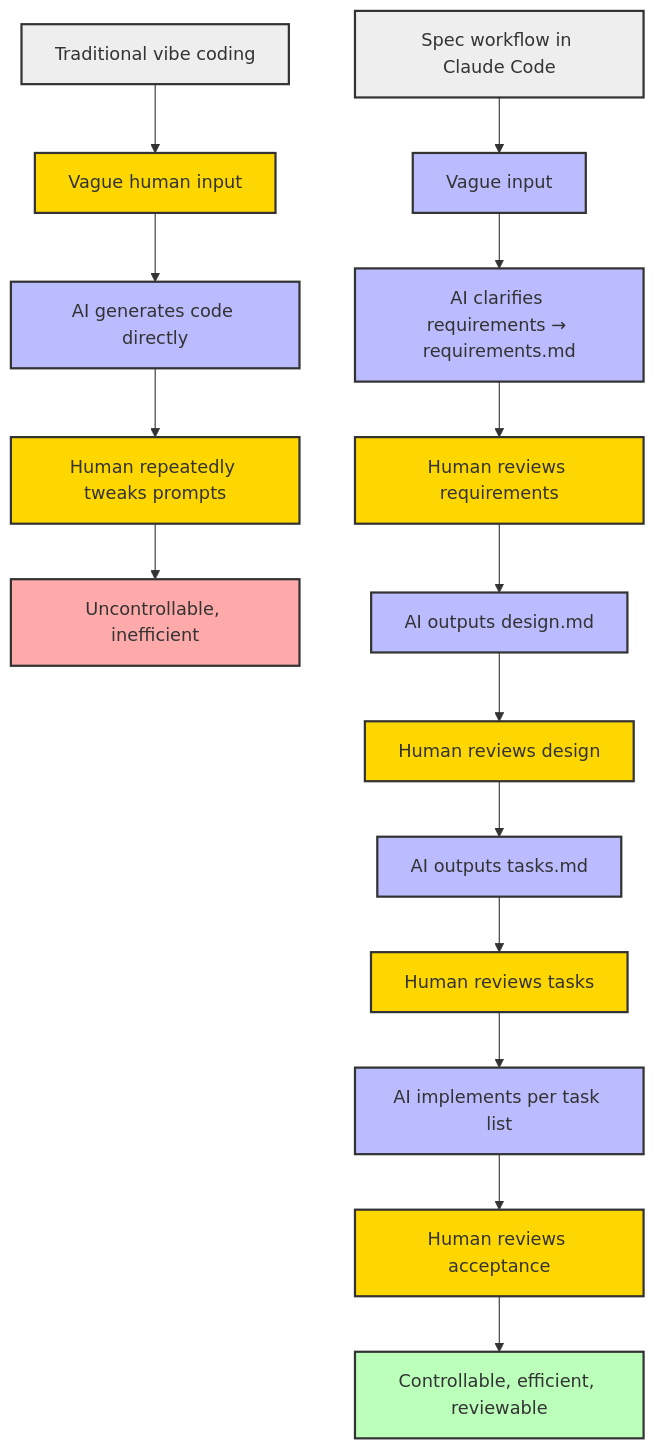
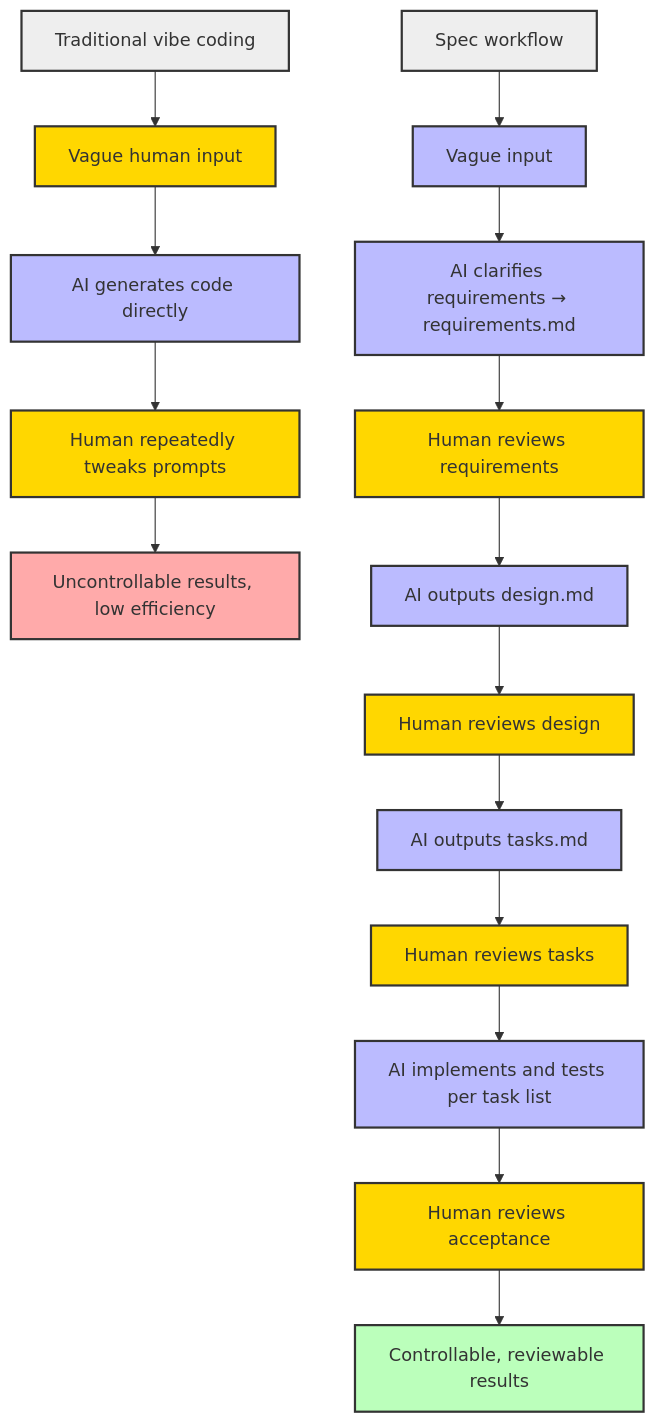
The diagram in i18n/en/docusaurus-plugin-content-blog/2025-07-21-kiro-spec-workflow/index.md (binggg/binggg.github.io), drawn with Mermaid before and after one commit. The commit also changed other lines of this file and 3 other files, not shown here.

````diff
--- a/i18n/en/docusaurus-plugin-content-blog/2025-07-21-kiro-spec-workflow/index.md
+++ b/i18n/en/docusaurus-plugin-content-blog/2025-07-21-kiro-spec-workflow/index.md
@@ -140,35 +131,35 @@
 ```mermaid
 flowchart TD
     A0[Traditional vibe coding]:::group
     B1[Vague human input]
     B2[AI generates code directly]
     B3[Human repeatedly tweaks prompts]
-    B4[Uncontrollable, inefficient]
+    B4[Uncontrollable results, low efficiency]
     A0 --> B1 --> B2 --> B3 --> B4
 
-    A1[Spec workflow in Claude Code]:::group
+    A1[Spec workflow]:::group
     S1[Vague input]
     S2[AI clarifies requirements → requirements.md]
     S3[Human reviews requirements]
     S4[AI outputs design.md]
     S5[Human reviews design]
     S6[AI outputs tasks.md]
     S7[Human reviews tasks]
-    S8[AI implements per task list]
+    S8[AI implements and tests per task list]
     S9[Human reviews acceptance]
-    S10[Controllable, efficient, reviewable]
+    S10[Controllable, reviewable results]
     A1 --> S1 --> S2 --> S3 --> S4 --> S5 --> S6 --> S7 --> S8 --> S9 --> S10
 
     classDef group fill:#eee,stroke:#333,stroke-width:2px;
     classDef human fill:#ffd700,stroke:#333,stroke-width:2px;
     classDef ai fill:#bbf,stroke:#333,stroke-width:2px;
     classDef bad fill:#faa,stroke:#333,stroke-width:2px;
     classDef good fill:#bfb,stroke:#333,stroke-width:2px;
 
     class B1,B3 human;
     class B2 ai;
     class B4 bad;
     class S1,S2,S4,S6,S8 ai;
     class S3,S5,S7,S9 human;
     class S10 good;
 ```
````
